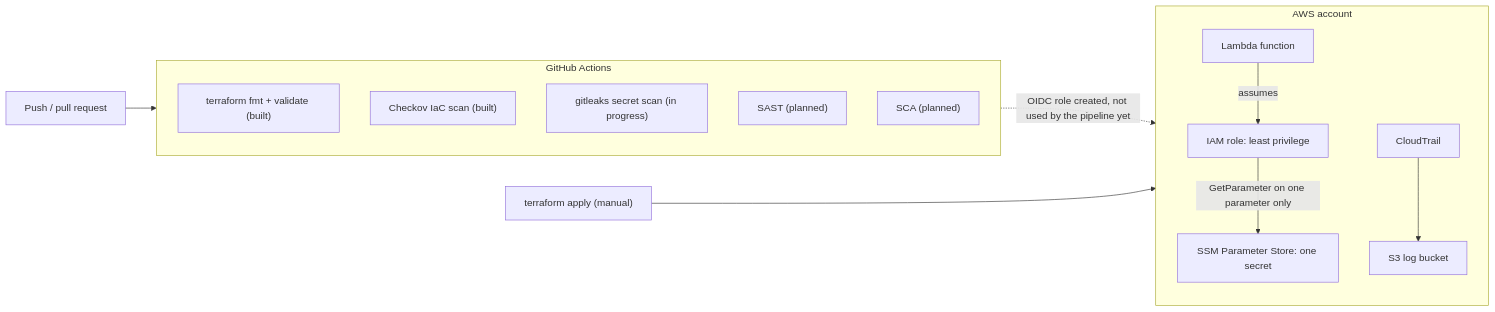
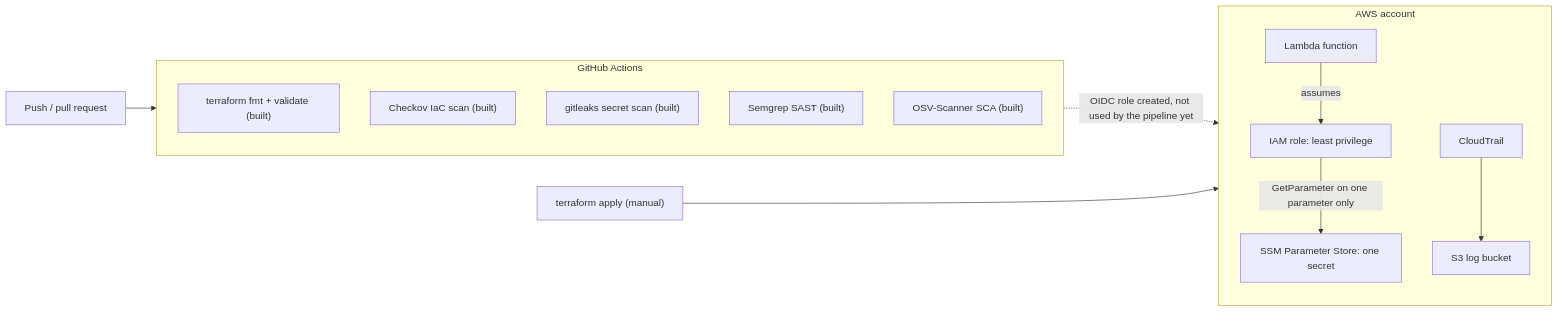
The diagram in README.md (usman9856/cloud-security-pipeline), drawn with Mermaid before and after one commit. The commit also changed other lines of this file, not shown here.

````diff
--- a/README.md
+++ b/README.md
@@ -34,20 +48,20 @@
 ```mermaid
 flowchart LR
     dev["Push / pull request"] --> gha
     subgraph gha["GitHub Actions"]
         direction TB
         s1["terraform fmt + validate (built)"]
         s2["Checkov IaC scan (built)"]
-        s3["gitleaks secret scan (in progress)"]
-        s4["SAST (planned)"]
-        s5["SCA (planned)"]
+        s3["gitleaks secret scan (built)"]
+        s4["Semgrep SAST (built)"]
+        s5["OSV-Scanner SCA (built)"]
     end
     gha -. "OIDC role created, not used by the pipeline yet" .-> aws
     manual["terraform apply (manual)"] --> aws
     subgraph aws["AWS account"]
         direction TB
         fn["Lambda function"] -- "assumes" --> role["IAM role: least privilege"]
         role -- "GetParameter on one parameter only" --> ssm["SSM Parameter Store: one secret"]
         trail["CloudTrail"] --> bucket["S3 log bucket"]
     end
 ```
````
